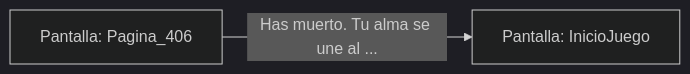
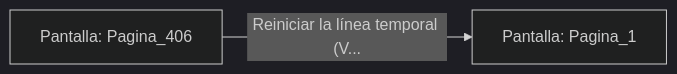
The diagram in sample/eligejuego-vault/Pantalla_Pagina_406.md (metsuke/mpl), drawn with Mermaid (dark theme) before and after one commit. The commit also changed other lines of this file and 635 other files, not shown here.

First line of the commit message:
fix: añadir Pagina_1 como pantalla inicial en capitulo_01.mpl

````diff
--- a/sample/eligejuego-vault/Pantalla_Pagina_406.md
+++ b/sample/eligejuego-vault/Pantalla_Pagina_406.md
@@ -17,5 +17,5 @@
 ```mermaid
 graph LR
     P_Pagina_406["Pantalla: Pagina_406"]
-    P_Pagina_406 -->|"Has muerto. Tu alma se une al ..."| P_InicioJuego["Pantalla: InicioJuego"]
+    P_Pagina_406 -->|"Reiniciar la línea temporal (V..."| P_Pagina_1["Pantalla: Pagina_1"]
 ```
````
